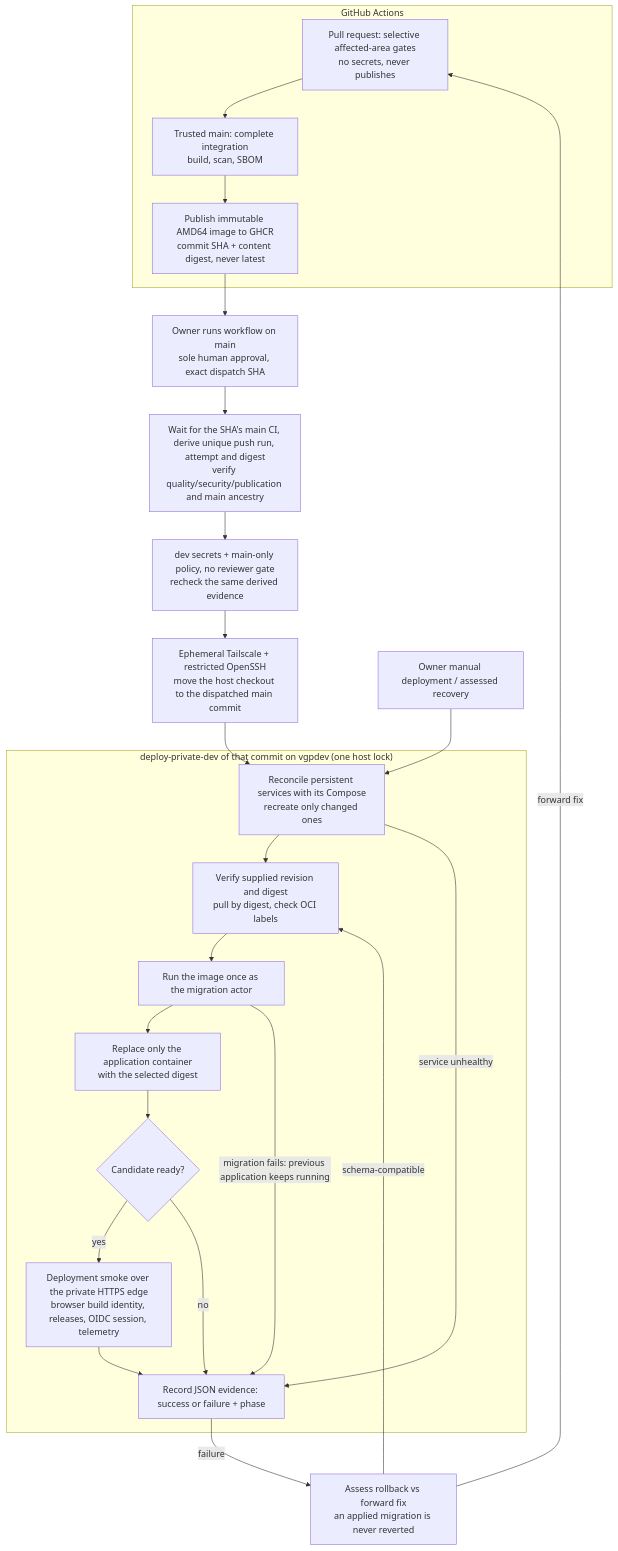
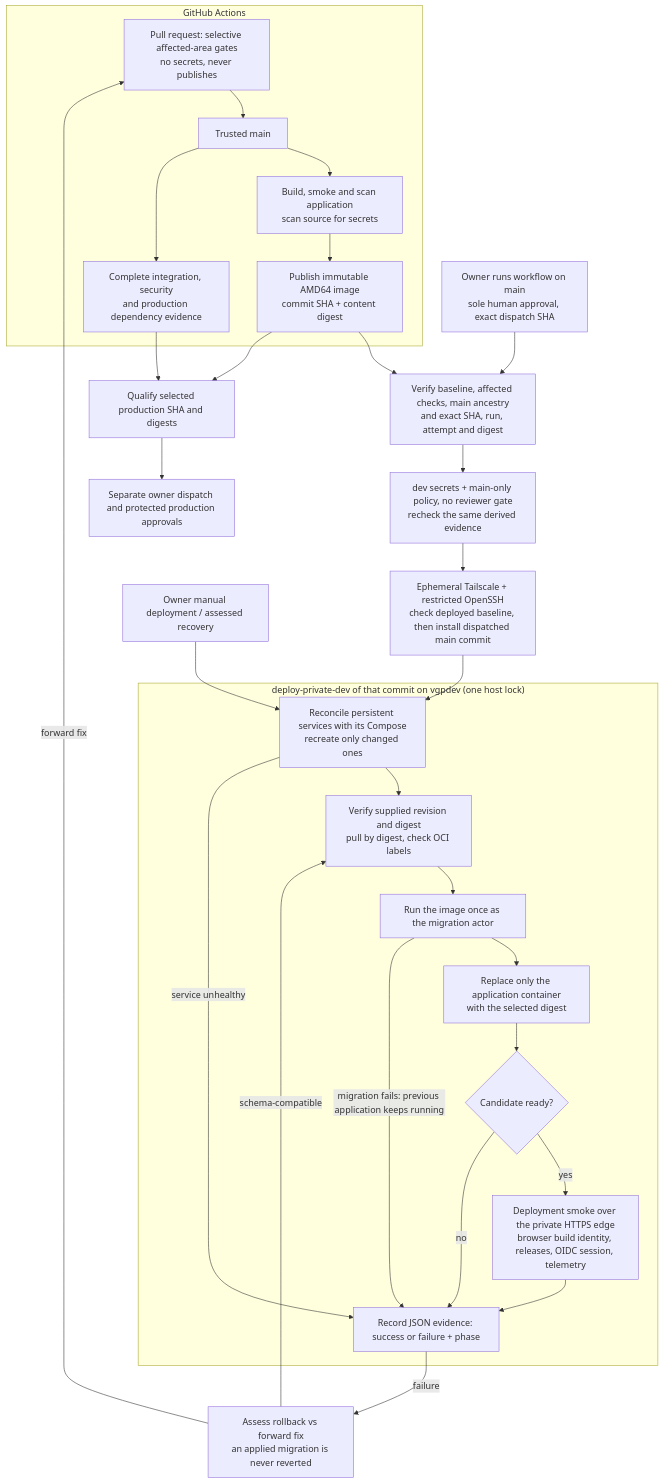
The diagram in docs/architecture/diagrams/mermaid/delivery-pipeline.mmd (rubhern/videogame-platform), drawn with Mermaid before and after one commit. The commit also changed 25 other files, not shown here.

First line of the commit message:
Separate fast private-dev delivery from production qualification (#570)

```diff
--- a/docs/architecture/diagrams/mermaid/delivery-pipeline.mmd
+++ b/docs/architecture/diagrams/mermaid/delivery-pipeline.mmd
@@ -1,33 +1,41 @@
 flowchart TD
     subgraph CI["GitHub Actions"]
         PR["Pull request: selective affected-area gates<br/>no secrets, never publishes"]
-        Main["Trusted main: complete integration<br/>build, scan, SBOM"]
-        GHCR["Publish immutable AMD64 image to GHCR<br/>commit SHA + content digest, never latest"]
-        PR --> Main --> GHCR
+        Main["Trusted main"]
+        Image["Build, smoke and scan application<br/>scan source for secrets"]
+        GHCR["Publish immutable AMD64 image<br/>commit SHA + content digest"]
+        Complete["Complete integration, security<br/>and production dependency evidence"]
+        PR --> Main
+        Main --> Image --> GHCR
+        Main --> Complete
     end
 
     Dispatch["Owner runs workflow on main<br/>sole human approval, exact dispatch SHA"]
-    Evidence["Wait for the SHA's main CI, derive unique push run, attempt and digest<br/>verify quality/security/publication and main ancestry"]
+    Evidence["Verify baseline, affected checks, main ancestry<br/>and exact SHA, run, attempt and digest"]
     Environment["dev secrets + main-only policy, no reviewer gate<br/>recheck the same derived evidence"]
-    Connect["Ephemeral Tailscale + restricted OpenSSH<br/>move the host checkout to the dispatched main commit"]
+    Connect["Ephemeral Tailscale + restricted OpenSSH<br/>check deployed baseline, then install dispatched main commit"]
 
     subgraph Deploy["deploy-private-dev of that commit on vgpdev (one host lock)"]
         Reconcile["Reconcile persistent services with its Compose<br/>recreate only changed ones"]
         Verify["Verify supplied revision and digest<br/>pull by digest, check OCI labels"]
         Migrate["Run the image once as the migration actor"]
         Replace["Replace only the application container<br/>with the selected digest"]
         Ready{"Candidate ready?"}
         Smoke["Deployment smoke over the private HTTPS edge<br/>browser build identity, releases, OIDC session, telemetry"]
         Record["Record JSON evidence: success or failure + phase"]
         Reconcile --> Verify --> Migrate --> Replace --> Ready
         Ready -->|yes| Smoke --> Record
         Ready -->|no| Record
     end
 
-    GHCR --> Dispatch --> Evidence --> Environment --> Connect --> Reconcile
+    Dispatch --> Evidence --> Environment --> Connect --> Reconcile
+    GHCR --> Evidence
+    GHCR --> Candidate["Qualify selected production SHA and digests"]
+    Complete --> Candidate
+    Candidate --> Approve["Separate owner dispatch and protected production approvals"]
     Manual["Owner manual deployment / assessed recovery"] --> Reconcile
     Reconcile -->|service unhealthy| Record
     Migrate -->|migration fails: previous application keeps running| Record
     Record -->|failure| Assess["Assess rollback vs forward fix<br/>an applied migration is never reverted"]
     Assess -->|schema-compatible| Verify
     Assess -->|forward fix| PR
```
